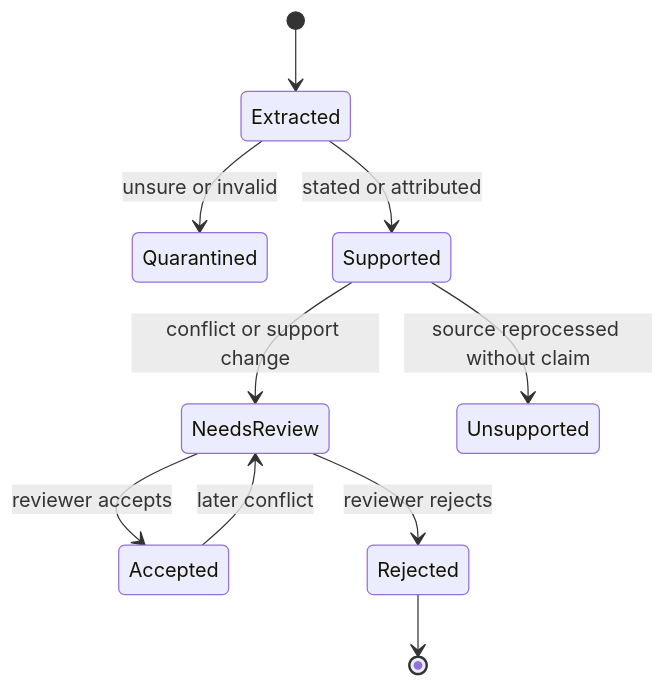
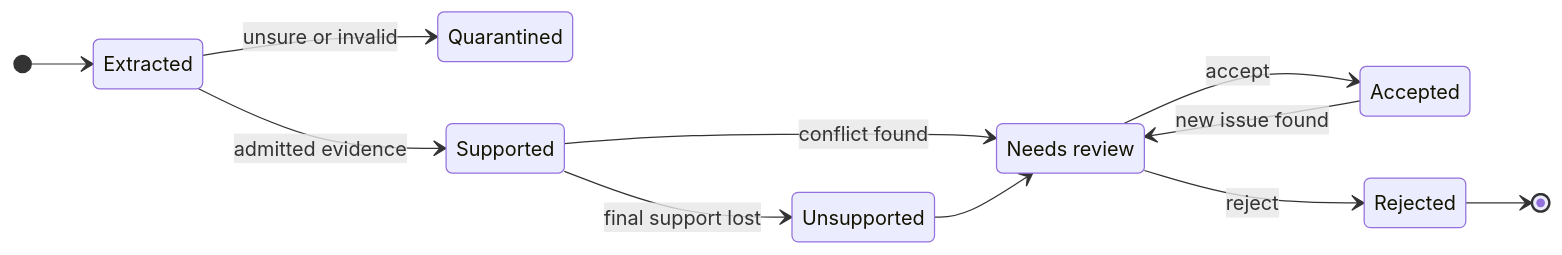
One commit to chenkel-data/Startup-Radar changed the third of 5 diagrams in README.md. Above: the diagram before and after it, drawn with Mermaid. The commit also changed other lines of this file and 9 other files, not shown here.

````diff
--- a/README.md
+++ b/README.md
@@ -193,12 +218,16 @@
 ```mermaid
 stateDiagram-v2
+  direction LR
+  state "Needs review" as NeedsReview
+
   [*] --> Extracted
   Extracted --> Quarantined: unsure or invalid
-  Extracted --> Supported: stated or attributed
-  Supported --> NeedsReview: conflict or support change
-  NeedsReview --> Accepted: reviewer accepts
-  NeedsReview --> Rejected: reviewer rejects
-  Accepted --> NeedsReview: later conflict
-  Supported --> Unsupported: source reprocessed without claim
+  Extracted --> Supported: admitted evidence
+  Supported --> NeedsReview: conflict found
+  Supported --> Unsupported: final support lost
+  Unsupported --> NeedsReview
+  NeedsReview --> Accepted: accept
+  NeedsReview --> Rejected: reject
+  Accepted --> NeedsReview: new issue found
   Rejected --> [*]
 ```
````
